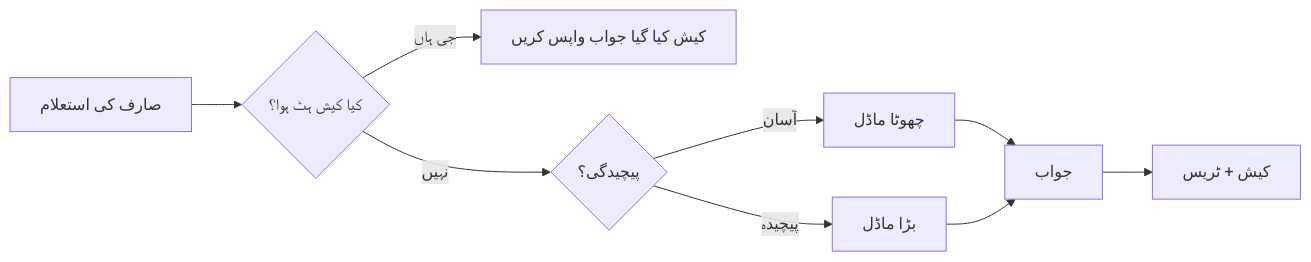
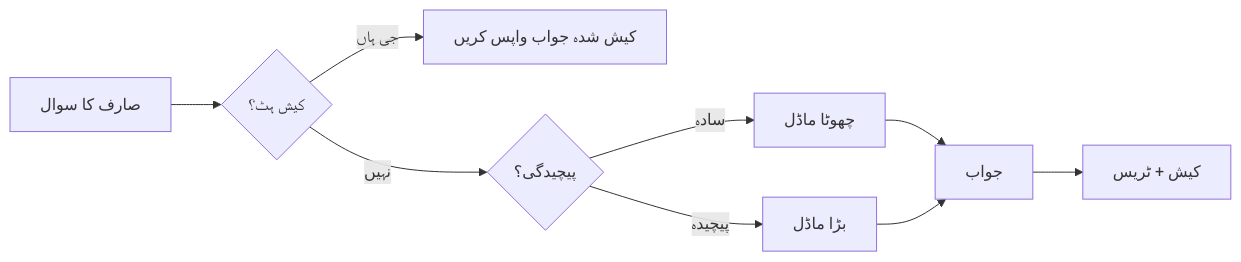
Before and after one commit to gabrielmoreira/agent-skills-mirror: the third of 4 diagrams in mirrors/repos/microsoft@ai-agents-for-beginners/translations/ur/16-deploying-scalable-agents/README.md, drawn with Mermaid. The commit also changed other lines of this file and 4262 other files, not shown here.

````diff
--- a/mirrors/repos/microsoft@ai-agents-for-beginners/translations/ur/16-deploying-scalable-agents/README.md
+++ b/mirrors/repos/microsoft@ai-agents-for-beginners/translations/ur/16-deploying-scalable-agents/README.md
@@ -134,11 +134,11 @@
 ```mermaid
 flowchart LR
-    Q[صارف کی استعلام] --> C{کیا کیش ہٹ ہوا؟}
-    C -->|جی ہاں| R[کیش کیا گیا جواب واپس کریں]
+    Q[صارف کا سوال] --> C{کیش ہٹ؟}
+    C -->|جی ہاں| R[کیش شدہ جواب واپس کریں]
     C -->|نہیں| Router{پیچیدگی؟}
-    Router -->|آسان| SLM[چھوٹا ماڈل]
+    Router -->|سادہ| SLM[چھوٹا ماڈل]
     Router -->|پیچیدہ| LLM[بڑا ماڈل]
     SLM --> Out[جواب]
     LLM --> Out
     Out --> Store[کیش + ٹریس]
 ```
````
